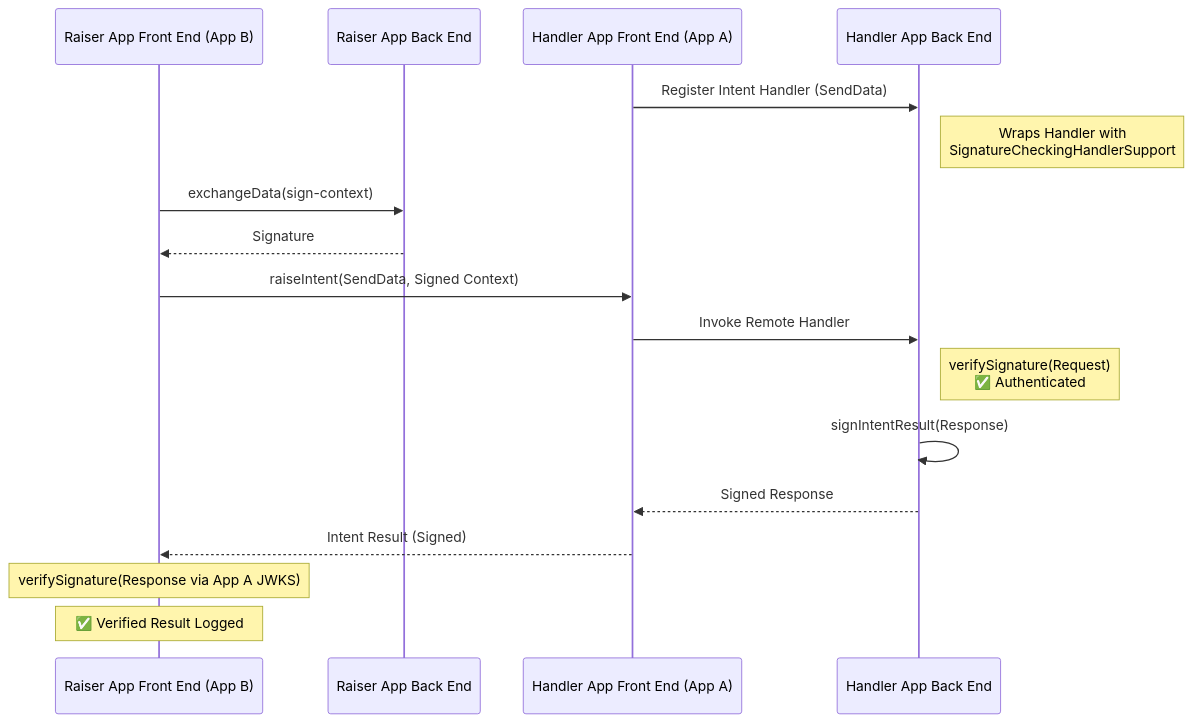
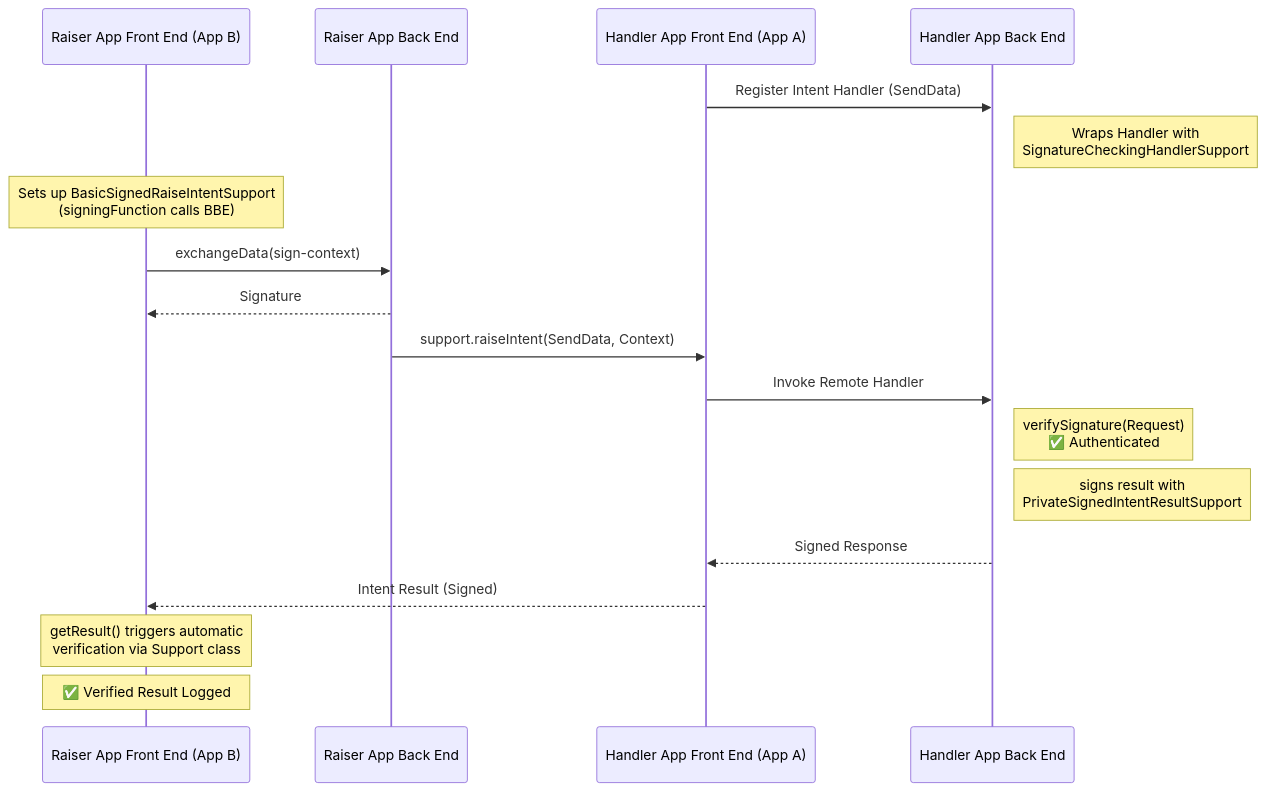
The fourth of 6 diagrams in packages/fdc3-security/samples/README.md (finos/FDC3), drawn with Mermaid before and after one commit. The commit also changed other lines of this file and 4 other files, not shown here.

````diff
--- a/packages/fdc3-security/samples/README.md
+++ b/packages/fdc3-security/samples/README.md
@@ -112,24 +112,25 @@
 ```mermaid
 sequenceDiagram
     participant BFE as Raiser App Front End (App B)
     participant BBE as Raiser App Back End
     participant AFE as Handler App Front End (App A)
     participant ABE as Handler App Back End
 
     AFE->>ABE: Register Intent Handler (SendData)
     Note right of ABE: Wraps Handler with<br/>SignatureCheckingHandlerSupport
     
+    Note over BFE: Sets up BasicSignedRaiseIntentSupport<br/>(signingFunction calls BBE)
     BFE->>BBE: exchangeData(sign-context)
     BBE-->>BFE: Signature
-    BFE->>AFE: raiseIntent(SendData, Signed Context)
+    BBE->>AFE: support.raiseIntent(SendData, Context)
     
     AFE->>ABE: Invoke Remote Handler
     Note right of ABE: verifySignature(Request)<br/>✅ Authenticated
     
-    ABE->>ABE: signIntentResult(Response)
+    Note right of ABE: signs result with<br/>PrivateSignedIntentResultSupport
     ABE-->>AFE: Signed Response
     AFE-->>BFE: Intent Result (Signed)
     
-    Note over BFE: verifySignature(Response via App A JWKS)
+    Note over BFE: getResult() triggers automatic<br/>verification via Support class
     Note over BFE: ✅ Verified Result Logged
 ```
````
